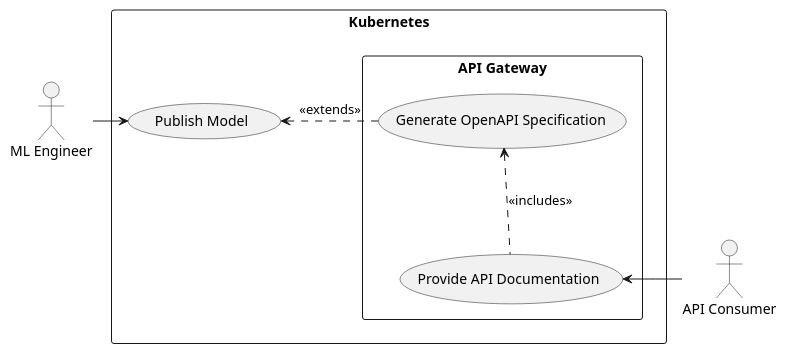
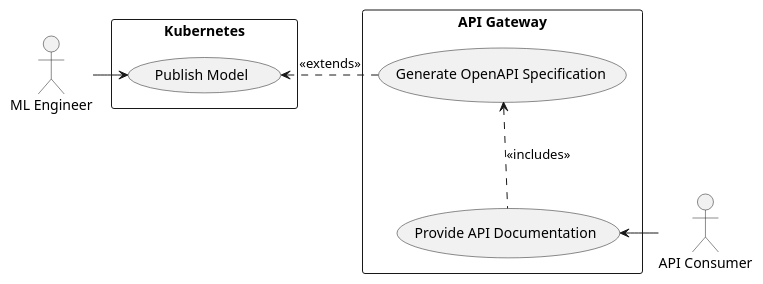
Before and after one commit to fanglores/Advanced-Software-Design: the diagram in General/UseCases/puml/10_uc_documentation.puml, drawn with PlantUML. The commit also changed 10 other files, not shown here.

```diff
--- a/General/UseCases/puml/10_uc_documentation.puml
+++ b/General/UseCases/puml/10_uc_documentation.puml
@@ -1,19 +1,20 @@
 @startuml
 
 actor "API Consumer" as consumer
 actor "ML Engineer" as mlengineer
 
 rectangle "Kubernetes" as K8s {
   usecase "Publish Model" as uc1
-  rectangle "API Gateway" as System {
-    usecase "Generate OpenAPI Specification" as uc2
-    usecase "Provide API Documentation" as uc3
-  }
+}
+
+rectangle "API Gateway" as System {
+  usecase "Generate OpenAPI Specification" as uc2
+  usecase "Provide API Documentation" as uc3
 }
 
 mlengineer -R-> uc1
 uc1 <.R. uc2 : <<extends>>
 uc2 <.. uc3 : <<includes>>
 consumer -R-> uc3
 
 @enduml
```
